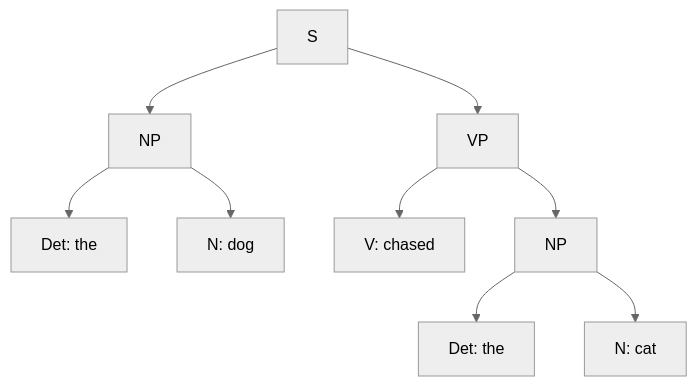
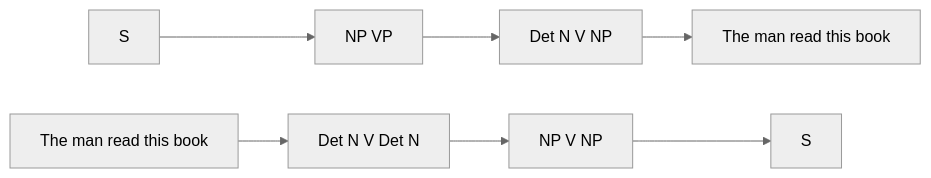
The diagram in content/natural-language-processing/pyq/2022-12-ce/q4c.mdx (TrendySloth1001/sem-seven-notes), drawn with Mermaid (neutral theme) before and after one commit. The commit also changed other lines of this file and 406 other files, not shown here.

````diff
--- a/content/natural-language-processing/pyq/2022-12-ce/q4c.mdx
+++ b/content/natural-language-processing/pyq/2022-12-ce/q4c.mdx
@@ -12,12 +23,6 @@
 ```mermaid
-%% caption: Parse tree of the example. Top-down builds it from S downwards, bottom-up from the words upwards.
-flowchart TD
-  S["S"] --> NP1["NP"]
-  S --> VP["VP"]
-  NP1 --> D1["Det: the"]
-  NP1 --> N1["N: dog"]
-  VP --> V["V: chased"]
-  VP --> NP2["NP"]
-  NP2 --> D2["Det: the"]
-  NP2 --> N2["N: cat"]
+%% caption: The two directions. The top row expands S down to the words; the bottom row reduces the words up to S.
+flowchart LR
+  A1["S"] --> A2["NP VP"] --> A3["Det N V NP"] --> A4["The man read this book"]
+  B1["The man read this book"] --> B2["Det N V Det N"] --> B3["NP V NP"] --> B4["S"]
 ```
````
